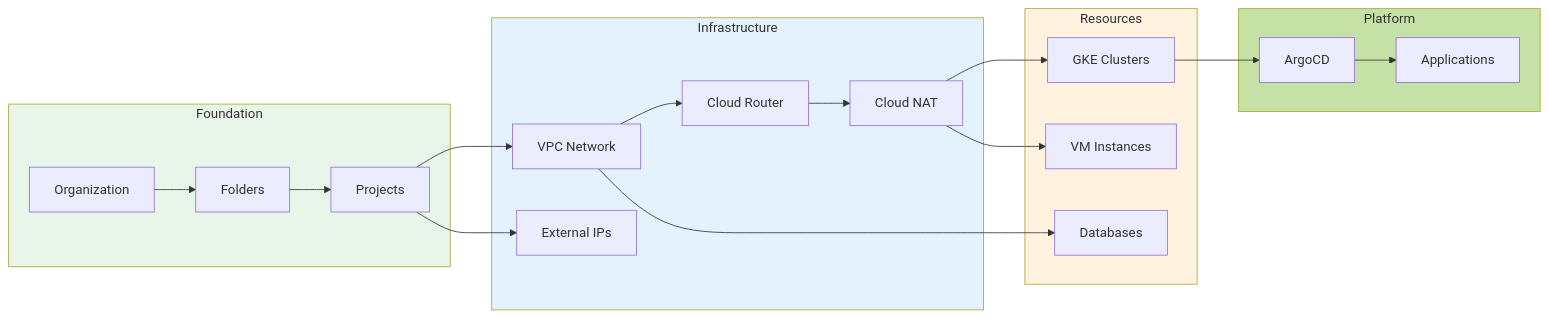
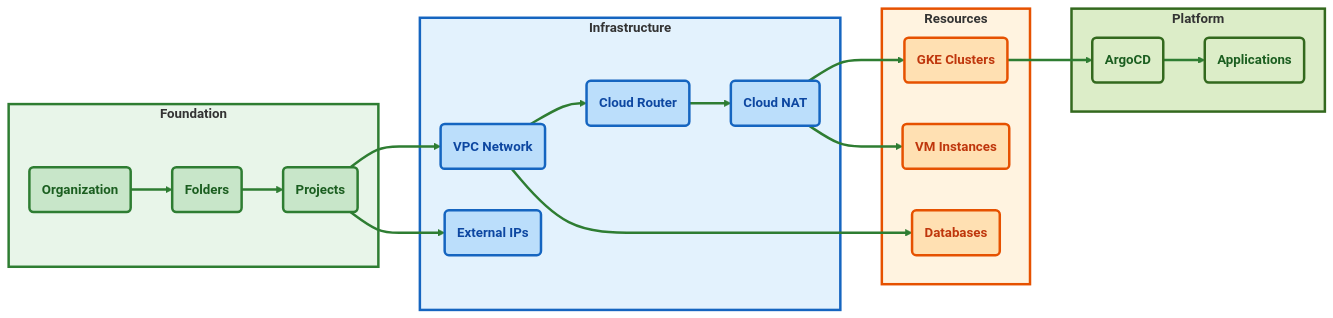
Before and after one commit to spolspol/terragrunt-gcp-org-automation: the fifth of 7 diagrams in docs/ARCHITECTURE_DIAGRAM.md, drawn with Mermaid. The commit also changed other lines of this file, not shown here.

First line of the commit message:
Enhances GCP architecture diagram

````diff
--- a/docs/ARCHITECTURE_DIAGRAM.md
+++ b/docs/ARCHITECTURE_DIAGRAM.md
@@ -275,41 +358,53 @@
 ```mermaid
 graph LR
-    subgraph Foundation
-        ORG[Organization]
-        FOLDER[Folders]
-        PROJECT[Projects]
-        ORG --> FOLDER --> PROJECT
+    subgraph Foundation["<b>Foundation</b>"]
+        ORG("<b>Organization</b>")
+        FOLDER("<b>Folders</b>")
+        PROJECT("<b>Projects</b>")
+        ORG ==> FOLDER ==> PROJECT
     end
-    
-    subgraph Infrastructure
-        VPC_NET[VPC Network]
-        EXT_IP[External IPs]
-        ROUTER[Cloud Router]
-        NAT[Cloud NAT]
-        PROJECT --> VPC_NET
-        VPC_NET --> ROUTER
-        ROUTER --> NAT
-        PROJECT --> EXT_IP
+
+    subgraph Infrastructure["<b>Infrastructure</b>"]
+        VPC_NET("<b>VPC Network</b>")
+        EXT_IP("<b>External IPs</b>")
+        ROUTER("<b>Cloud Router</b>")
+        NAT("<b>Cloud NAT</b>")
+        PROJECT ==> VPC_NET
+        VPC_NET ==> ROUTER
+        ROUTER ==> NAT
+        PROJECT ==> EXT_IP
     end
-    
-    subgraph Resources
-        GKE_RES[GKE Clusters]
-        VM_RES[VM Instances]
-        DB_RES[Databases]
-        NAT --> GKE_RES
-        NAT --> VM_RES
-        VPC_NET --> DB_RES
+
+    subgraph Resources["<b>Resources</b>"]
+        GKE_RES("<b>GKE Clusters</b>")
+        VM_RES("<b>VM Instances</b>")
+        DB_RES("<b>Databases</b>")
+        NAT ==> GKE_RES
+        NAT ==> VM_RES
+        VPC_NET ==> DB_RES
     end
-    
-    subgraph Platform
-        ARGOCD[ArgoCD]
-        APPS[Applications]
-        GKE_RES --> ARGOCD
-        ARGOCD --> APPS
+
+    subgraph Platform["<b>Platform</b>"]
+        ARGOCD("<b>ArgoCD</b>")
+        APPS("<b>Applications</b>")
+        GKE_RES ==> ARGOCD
+        ARGOCD ==> APPS
     end
-    
-    style Foundation fill:#e8f5e9
-    style Infrastructure fill:#e3f2fd  
-    style Resources fill:#fff3e0
-    style Platform fill:#c5e1a5
+
+    classDef found fill:#c8e6c9,stroke:#2e7d32,stroke-width:3px,font-weight:bold,color:#1b5e20
+    classDef infra fill:#bbdefb,stroke:#1565c0,stroke-width:3px,font-weight:bold,color:#0d47a1
+    classDef res fill:#ffe0b2,stroke:#e65100,stroke-width:3px,font-weight:bold,color:#bf360c
+    classDef plat fill:#dcedc8,stroke:#33691e,stroke-width:3px,font-weight:bold,color:#1b5e20
+
+    class ORG,FOLDER,PROJECT found
+    class VPC_NET,EXT_IP,ROUTER,NAT infra
+    class GKE_RES,VM_RES,DB_RES res
+    class ARGOCD,APPS plat
+
+    linkStyle default stroke:#2e7d32,stroke-width:3px
+
+    style Foundation fill:#e8f5e9,stroke:#2e7d32,stroke-width:3px
+    style Infrastructure fill:#e3f2fd,stroke:#1565c0,stroke-width:3px
+    style Resources fill:#fff3e0,stroke:#e65100,stroke-width:3px
+    style Platform fill:#dcedc8,stroke:#33691e,stroke-width:3px
 ```
````
